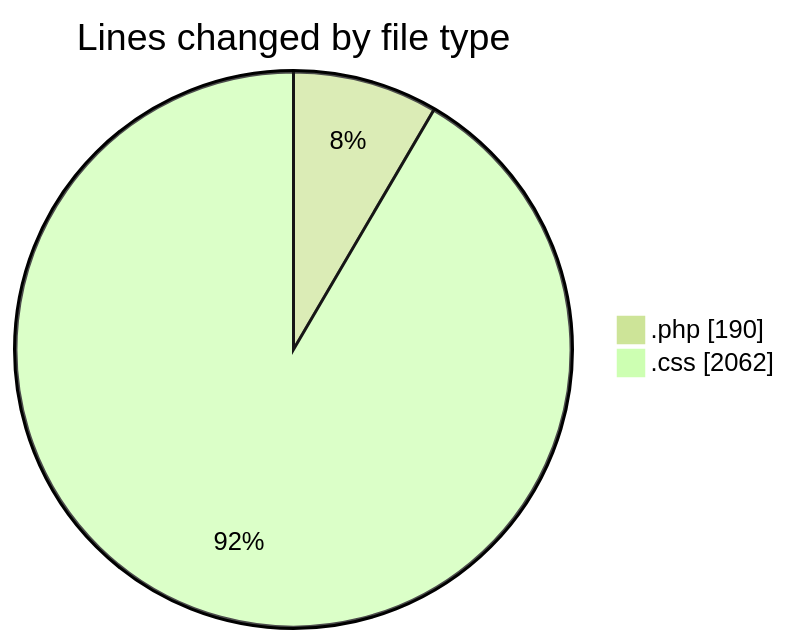
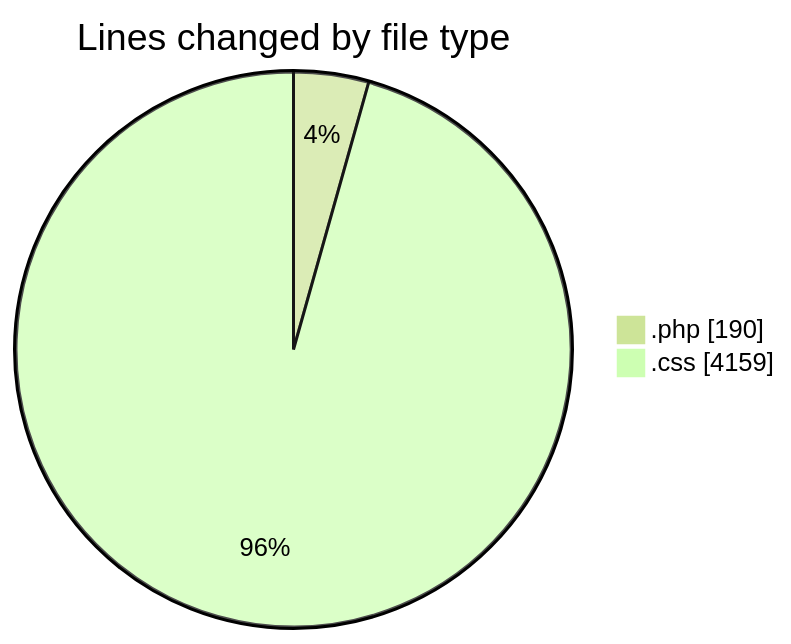
The first of 2 diagrams in 2026-11-04/wp-content/README.md (debugP/code-tracking), drawn with Mermaid (forest theme) before and after one commit. The commit also changed other lines of this file and 1 other file, not shown here.

````diff
--- a/2026-11-04/wp-content/README.md
+++ b/2026-11-04/wp-content/README.md
@@ -21,6 +21,6 @@
 ```mermaid
 pie showData
 title Lines changed by file type
 ".php" : 190
-".css" : 2062
+".css" : 4159
 ```
````
